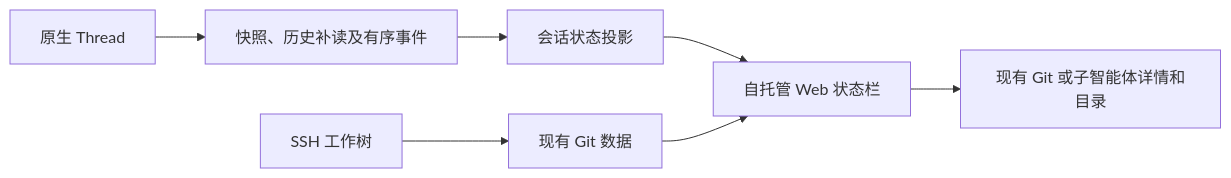
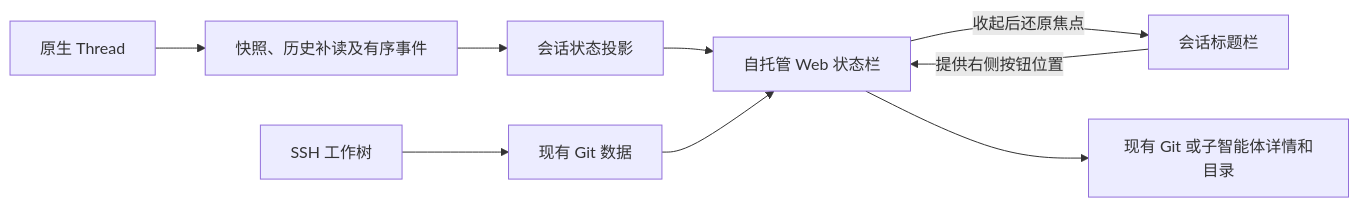
The seventh of 17 diagrams in specs/selfhost-codex/README.md (LiangLiang723/codex-web), drawn with Mermaid before and after one commit. The commit also changed other lines of this file and 14 other files, not shown here.

````diff
--- a/specs/selfhost-codex/README.md
+++ b/specs/selfhost-codex/README.md
@@ -251,9 +251,11 @@
 ```mermaid
 flowchart LR
     Git[SSH 工作树] --> Repo[现有 Git 数据]
     Codex[原生 Thread] --> Snapshot[快照、历史补读及有序事件]
     Snapshot --> Projection[会话状态投影]
     Projection --> Status[自托管 Web 状态栏]
+    Header[会话标题栏] -->|提供右侧按钮位置| Status
+    Status -->|收起后还原焦点| Header
     Repo --> Status
     Status --> Detail[现有 Git 或子智能体详情和目录]
 ```
````
